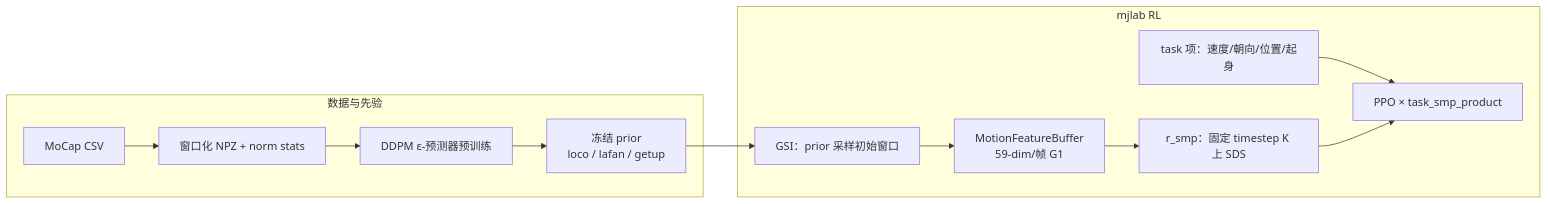
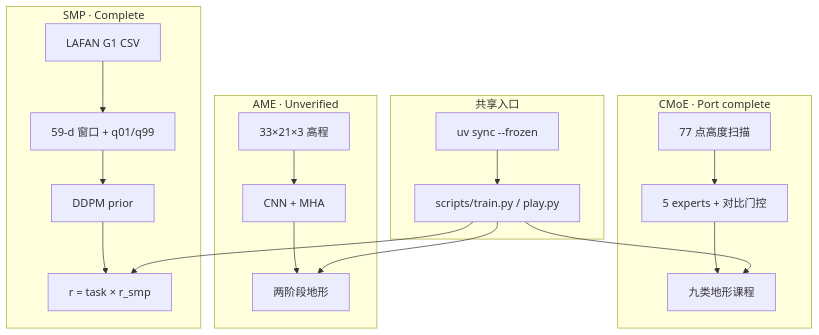
The first of 2 diagrams in wiki/entities/smp-g1-mjlab.md (ImChong/Robotics_Notebooks), drawn with Mermaid before and after one commit. The commit also changed other lines of this file and 37 other files, not shown here.

Commit message:
[2026-08-29] ingest | sources/repos/cmoe.md + sources/repos/senlanke_mimic.md — 复核官方 CMoE 部署指针与空占位仓；senlanke/mimic 升为 SMP/CMoE/AME 三线枢纽

````diff
--- a/wiki/entities/smp-g1-mjlab.md
+++ b/wiki/entities/smp-g1-mjlab.md
@@ -47,22 +68,30 @@
 ```mermaid
-flowchart LR
-  subgraph data["数据与先验"]
-    CSV["MoCap CSV"]
-    NPZ["窗口化 NPZ + norm stats"]
-    DDPM["DDPM ε-预测器预训练"]
-    CKPT["冻结 prior<br/>loco / lafan / getup"]
-    CSV --> NPZ --> DDPM --> CKPT
+flowchart TB
+  subgraph share ["共享入口"]
+    UV["uv sync --frozen"]
+    TRAIN["scripts/train.py / play.py"]
+    UV --> TRAIN
   end
-  subgraph rl["mjlab RL"]
-    GSI["GSI：prior 采样初始窗口"]
-    BUF["MotionFeatureBuffer<br/>59-dim/帧 G1"]
-    SDS["r_smp：固定 timestep K 上 SDS"]
-    TASK["task 项：速度/朝向/位置/起身"]
-    PPO["PPO × task_smp_product"]
-    CKPT --> GSI
-    GSI --> BUF
-    BUF --> SDS
-    TASK --> PPO
-    SDS --> PPO
+  subgraph smp ["SMP · Complete"]
+    CSV["LAFAN G1 CSV"]
+    NPZ["59-d 窗口 + q01/q99"]
+    DDPM["DDPM prior"]
+    SDS["r = task × r_smp"]
+    CSV --> NPZ --> DDPM --> SDS
   end
+  subgraph cmoe ["CMoE · Port complete"]
+    SCAN["77 点高度扫描"]
+    MOE["5 experts + 对比门控"]
+    COURSE["九类地形课程"]
+    SCAN --> MOE --> COURSE
+  end
+  subgraph ame ["AME · Unverified"]
+    MAP["33×21×3 高程"]
+    MHA["CNN + MHA"]
+    ST["两阶段地形"]
+    MAP --> MHA --> ST
+  end
+  TRAIN --> SDS
+  TRAIN --> COURSE
+  TRAIN --> ST
 ```
````
